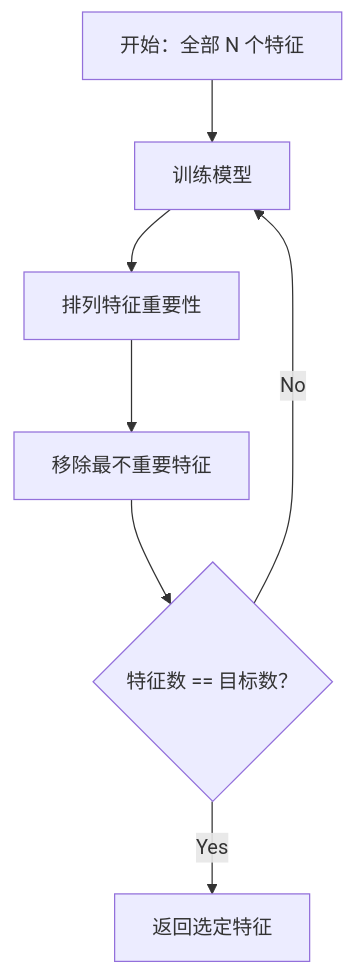
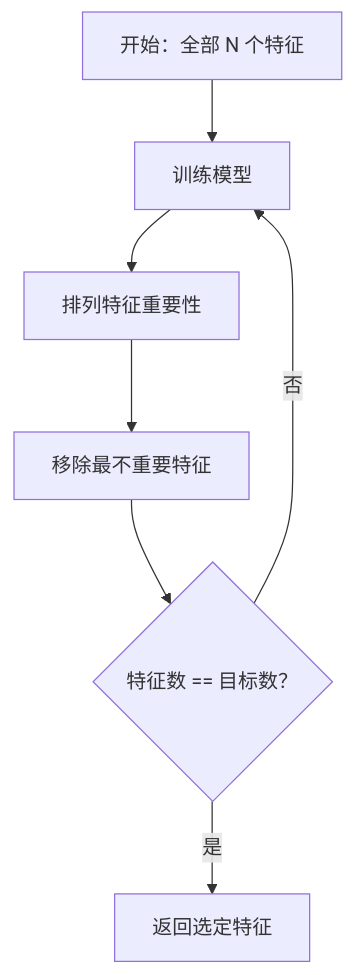
Before and after one commit to huangyue12120/Learning-Atlas: the third of 4 diagrams in content/translations/practice/02-ml-fundamentals/18-feature-selection/zh.md, drawn with Mermaid. The commit also changed other lines of this file and 24 other files, not shown here.

Commit message:
fix(reader): localize Mermaid in source content

````diff
--- a/content/translations/practice/02-ml-fundamentals/18-feature-selection/zh.md
+++ b/content/translations/practice/02-ml-fundamentals/18-feature-selection/zh.md
@@ -108,9 +108,9 @@
 ```mermaid
 flowchart TD
     A["开始：全部 N 个特征"] --> B["训练模型"]
     B --> C["排列特征重要性"]
     C --> D["移除最不重要特征"]
     D --> E{"特征数 == 目标数？"}
-    E -->|No| B
-    E -->|Yes| F["返回选定特征"]
+    E -->|否| B
+    E -->|是| F["返回选定特征"]
 ```
````
